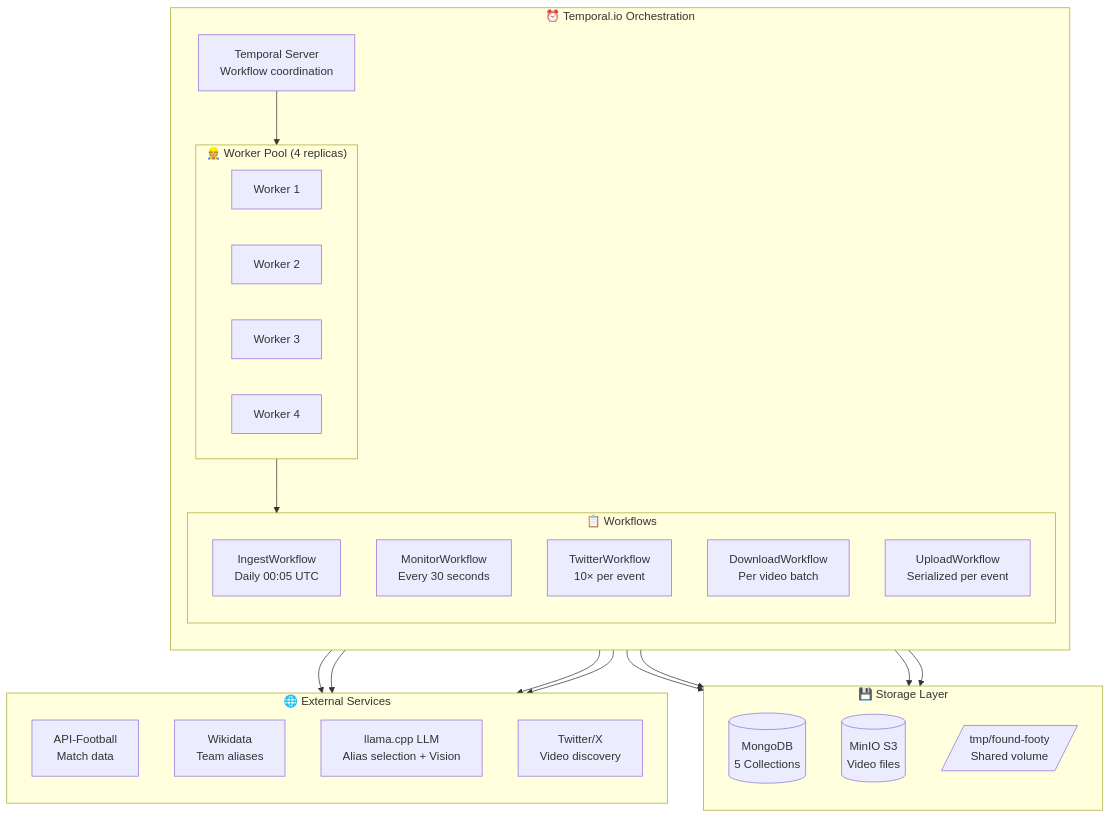
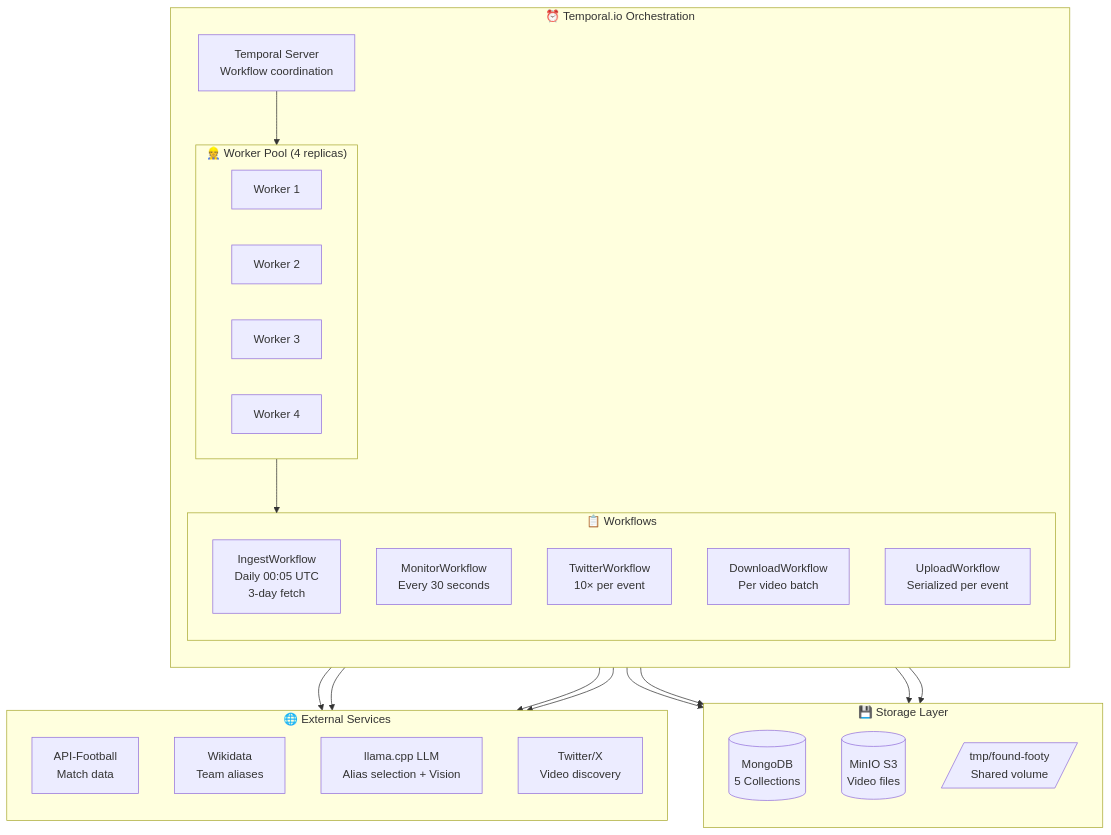
The second of 15 diagrams in README.md (vedantadhobley/found-footy), drawn with Mermaid before and after one commit. The commit also changed other lines of this file and 4 other files, not shown here.

First line of the commit message:
docs: update documentation to reflect 3-day fetch and dynamic team tracking

````diff
--- a/README.md
+++ b/README.md
@@ -57,49 +58,49 @@
 ```mermaid
 flowchart TB
     subgraph TEMPORAL["⏰ Temporal.io Orchestration"]
         direction TB
         SERVER[Temporal Server<br/>Workflow coordination]
         
         subgraph WORKERS["👷 Worker Pool (4 replicas)"]
             W1[Worker 1]
             W2[Worker 2]
             W3[Worker 3]
             W4[Worker 4]
         end
         
         subgraph WORKFLOWS["📋 Workflows"]
-            INGEST[IngestWorkflow<br/>Daily 00:05 UTC]
+            INGEST[IngestWorkflow<br/>Daily 00:05 UTC<br/>3-day fetch]
             MONITOR[MonitorWorkflow<br/>Every 30 seconds]
             TWITTERWF[TwitterWorkflow<br/>10× per event]
             DOWNLOADWF[DownloadWorkflow<br/>Per video batch]
             UPLOADWF[UploadWorkflow<br/>Serialized per event]
         end
         
         SERVER --> WORKERS
         WORKERS --> WORKFLOWS
     end
     
     subgraph STORAGE["💾 Storage Layer"]
         direction TB
         MONGO[(MongoDB<br/>5 Collections)]
         MINIO[(MinIO S3<br/>Video files)]
         TEMP[/tmp/found-footy<br/>Shared volume/]
     end
     
     subgraph EXTERNAL["🌐 External Services"]
         direction TB
         APIFB[API-Football<br/>Match data]
         WIKIDATA[Wikidata<br/>Team aliases]
         LLM[llama.cpp LLM<br/>Alias selection + Vision]
         TWITTER[Twitter/X<br/>Video discovery]
     end
     
     INGEST --> APIFB
     MONITOR --> APIFB
     MONITOR --> MONGO
     TWITTERWF --> TWITTER
     DOWNLOADWF --> LLM
     DOWNLOADWF --> TEMP
     UPLOADWF --> MINIO
     UPLOADWF --> MONGO
 ```
````
